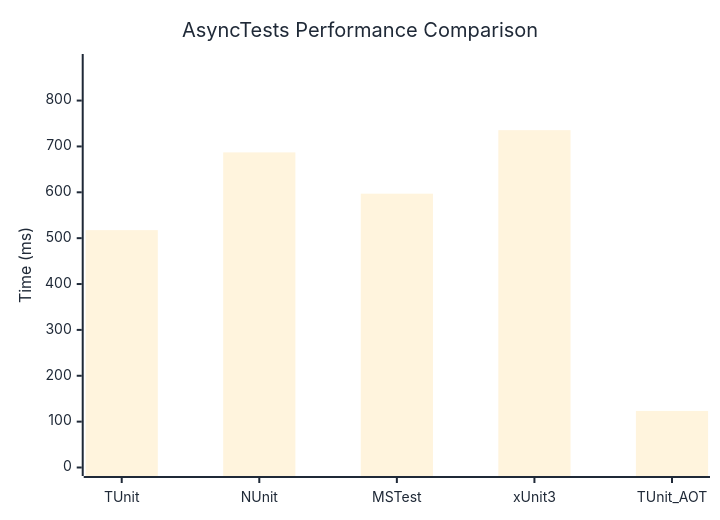
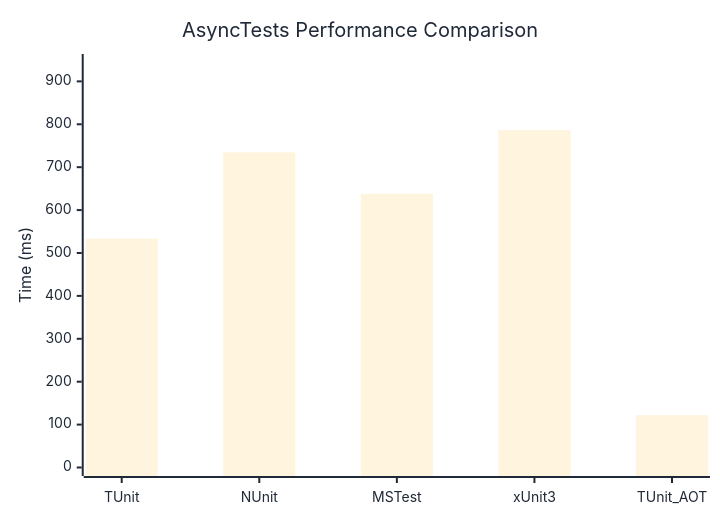
One commit to thomhurst/TUnit changed the diagram in docs/docs/benchmarks/AsyncTests.md. Above: the diagram before and after it, drawn with Mermaid. The commit also changed other lines of this file and 17 other files, not shown here.

````diff
--- a/docs/docs/benchmarks/AsyncTests.md
+++ b/docs/docs/benchmarks/AsyncTests.md
@@ -27,37 +27,37 @@
 ```mermaid
 %%{init: {
   'theme':'base',
   'themeVariables': {
     'primaryColor': '#2563eb',
     'primaryTextColor': '#1f2937',
     'primaryBorderColor': '#1e40af',
     'lineColor': '#6b7280',
     'secondaryColor': '#7c3aed',
     'tertiaryColor': '#dc2626',
     'background': '#ffffff',
     'mainBkg': '#2563eb',
     'secondBkg': '#7c3aed',
     'tertiaryBkg': '#dc2626',
     'clusterBkg': '#f3f4f6',
     'edgeLabelBackground': '#ffffff',
     'tertiaryTextColor': '#1f2937',
     'pie1': '#2563eb',
     'pie2': '#7c3aed',
     'pie3': '#dc2626',
     'pie4': '#f59e0b',
     'pie5': '#10b981',
     'pie6': '#06b6d4',
     'pie7': '#ec4899',
     'pie8': '#6366f1',
     'pie9': '#84cc16',
     'pie10': '#f97316',
     'pie11': '#14b8a6',
     'pie12': '#a855f7'
   }
 }}%%
 xychart-beta
   title "AsyncTests Performance Comparison"
   x-axis ["TUnit", "NUnit", "MSTest", "xUnit3", "TUnit_AOT"]
-  y-axis "Time (ms)" 0 --> 883
-  bar [517.5, 687, 597, 735.5, 123.3]
+  y-axis "Time (ms)" 0 --> 944
+  bar [533.5, 734.7, 637.9, 786.5, 121.9]
 ```
````
